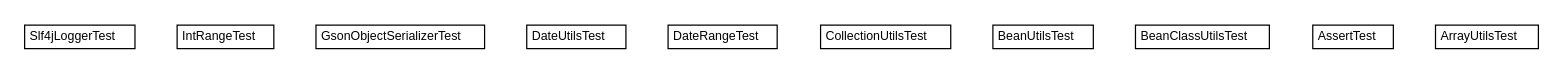
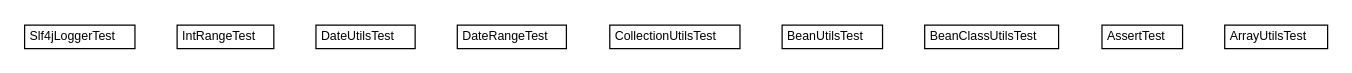
One commit to dayatang/dddlib changed the diagram in dddlib-utils/testapidocs/org/dayatang/utils/org.dayatang.utils.dot. Above: the diagram before and after it, drawn with Graphviz. The commit also changed 198 other files, not shown here.

```diff
--- a/dddlib-utils/testapidocs/org/dayatang/utils/org.dayatang.utils.dot
+++ b/dddlib-utils/testapidocs/org/dayatang/utils/org.dayatang.utils.dot
@@ -1,72 +1,66 @@
 #!/usr/local/bin/dot
 #
 # Class diagram 
 # Generated by UMLGraph version R5_6_6-8-g8d7759 (http://www.umlgraph.org/)
 #
 
 digraph G {
 	edge [fontname="Helvetica",fontsize=10,labelfontname="Helvetica",labelfontsize=10];
 	node [fontname="Helvetica",fontsize=10,shape=plaintext];
 	nodesep=0.25;
 	ranksep=0.5;
 	// org.dayatang.utils.Slf4jLoggerTest
 	c0 [label=<<table title="org.dayatang.utils.Slf4jLoggerTest" border="0" cellborder="1" cellspacing="0" cellpadding="2" port="p" href="./Slf4jLoggerTest.html">
 		<tr><td><table border="0" cellspacing="0" cellpadding="1">
 <tr><td align="center" balign="center"> Slf4jLoggerTest </td></tr>
 		</table></td></tr>
 		</table>>, URL="./Slf4jLoggerTest.html", fontname="Helvetica", fontcolor="black", fontsize=10.0];
 	// org.dayatang.utils.IntRangeTest
 	c1 [label=<<table title="org.dayatang.utils.IntRangeTest" border="0" cellborder="1" cellspacing="0" cellpadding="2" port="p" href="./IntRangeTest.html">
 		<tr><td><table border="0" cellspacing="0" cellpadding="1">
 <tr><td align="center" balign="center"> IntRangeTest </td></tr>
 		</table></td></tr>
 		</table>>, URL="./IntRangeTest.html", fontname="Helvetica", fontcolor="black", fontsize=10.0];
-	// org.dayatang.utils.GsonObjectSerializerTest
-	c2 [label=<<table title="org.dayatang.utils.GsonObjectSerializerTest" border="0" cellborder="1" cellspacing="0" cellpadding="2" port="p" href="./GsonObjectSerializerTest.html">
-		<tr><td><table border="0" cellspacing="0" cellpadding="1">
-<tr><td align="center" balign="center"> GsonObjectSerializerTest </td></tr>
-		</table></td></tr>
-		</table>>, URL="./GsonObjectSerializerTest.html", fontname="Helvetica", fontcolor="black", fontsize=10.0];
 	// org.dayatang.utils.DateUtilsTest
-	c3 [label=<<table title="org.dayatang.utils.DateUtilsTest" border="0" cellborder="1" cellspacing="0" cellpadding="2" port="p" href="./DateUtilsTest.html">
+	c2 [label=<<table title="org.dayatang.utils.DateUtilsTest" border="0" cellborder="1" cellspacing="0" cellpadding="2" port="p" href="./DateUtilsTest.html">
 		<tr><td><table border="0" cellspacing="0" cellpadding="1">
 <tr><td align="center" balign="center"> DateUtilsTest </td></tr>
 		</table></td></tr>
 		</table>>, URL="./DateUtilsTest.html", fontname="Helvetica", fontcolor="black", fontsize=10.0];
 	// org.dayatang.utils.DateRangeTest
-	c4 [label=<<table title="org.dayatang.utils.DateRangeTest" border="0" cellborder="1" cellspacing="0" cellpadding="2" port="p" href="./DateRangeTest.html">
+	c3 [label=<<table title="org.dayatang.utils.DateRangeTest" border="0" cellborder="1" cellspacing="0" cellpadding="2" port="p" href="./DateRangeTest.html">
 		<tr><td><table border="0" cellspacing="0" cellpadding="1">
 <tr><td align="center" balign="center"> DateRangeTest </td></tr>
 		</table></td></tr>
 		</table>>, URL="./DateRangeTest.html", fontname="Helvetica", fontcolor="black", fontsize=10.0];
 	// org.dayatang.utils.CollectionUtilsTest
-	c5 [label=<<table title="org.dayatang.utils.CollectionUtilsTest" border="0" cellborder="1" cellspacing="0" cellpadding="2" port="p" href="./CollectionUtilsTest.html">
+	c4 [label=<<table title="org.dayatang.utils.CollectionUtilsTest" border="0" cellborder="1" cellspacing="0" cellpadding="2" port="p" href="./CollectionUtilsTest.html">
 		<tr><td><table border="0" cellspacing="0" cellpadding="1">
 <tr><td align="center" balign="center"> CollectionUtilsTest </td></tr>
 		</table></td></tr>
 		</table>>, URL="./CollectionUtilsTest.html", fontname="Helvetica", fontcolor="black", fontsize=10.0];
 	// org.dayatang.utils.BeanUtilsTest
-	c6 [label=<<table title="org.dayatang.utils.BeanUtilsTest" border="0" cellborder="1" cellspacing="0" cellpadding="2" port="p" href="./BeanUtilsTest.html">
+	c5 [label=<<table title="org.dayatang.utils.BeanUtilsTest" border="0" cellborder="1" cellspacing="0" cellpadding="2" port="p" href="./BeanUtilsTest.html">
 		<tr><td><table border="0" cellspacing="0" cellpadding="1">
 <tr><td align="center" balign="center"> BeanUtilsTest </td></tr>
 		</table></td></tr>
 		</table>>, URL="./BeanUtilsTest.html", fontname="Helvetica", fontcolor="black", fontsize=10.0];
 	// org.dayatang.utils.BeanClassUtilsTest
-	c7 [label=<<table title="org.dayatang.utils.BeanClassUtilsTest" border="0" cellborder="1" cellspacing="0" cellpadding="2" port="p" href="./BeanClassUtilsTest.html">
+	c6 [label=<<table title="org.dayatang.utils.BeanClassUtilsTest" border="0" cellborder="1" cellspacing="0" cellpadding="2" port="p" href="./BeanClassUtilsTest.html">
 		<tr><td><table border="0" cellspacing="0" cellpadding="1">
 <tr><td align="center" balign="center"> BeanClassUtilsTest </td></tr>
 		</table></td></tr>
 		</table>>, URL="./BeanClassUtilsTest.html", fontname="Helvetica", fontcolor="black", fontsize=10.0];
 	// org.dayatang.utils.AssertTest
-	c8 [label=<<table title="org.dayatang.utils.AssertTest" border="0" cellborder="1" cellspacing="0" cellpadding="2" port="p" href="./AssertTest.html">
+	c7 [label=<<table title="org.dayatang.utils.AssertTest" border="0" cellborder="1" cellspacing="0" cellpadding="2" port="p" href="./AssertTest.html">
 		<tr><td><table border="0" cellspacing="0" cellpadding="1">
 <tr><td align="center" balign="center"> AssertTest </td></tr>
 		</table></td></tr>
 		</table>>, URL="./AssertTest.html", fontname="Helvetica", fontcolor="black", fontsize=10.0];
 	// org.dayatang.utils.ArrayUtilsTest
-	c9 [label=<<table title="org.dayatang.utils.ArrayUtilsTest" border="0" cellborder="1" cellspacing="0" cellpadding="2" port="p" href="./ArrayUtilsTest.html">
+	c8 [label=<<table title="org.dayatang.utils.ArrayUtilsTest" border="0" cellborder="1" cellspacing="0" cellpadding="2" port="p" href="./ArrayUtilsTest.html">
 		<tr><td><table border="0" cellspacing="0" cellpadding="1">
 <tr><td align="center" balign="center"> ArrayUtilsTest </td></tr>
 		</table></td></tr>
 		</table>>, URL="./ArrayUtilsTest.html", fontname="Helvetica", fontcolor="black", fontsize=10.0];
 }
```
